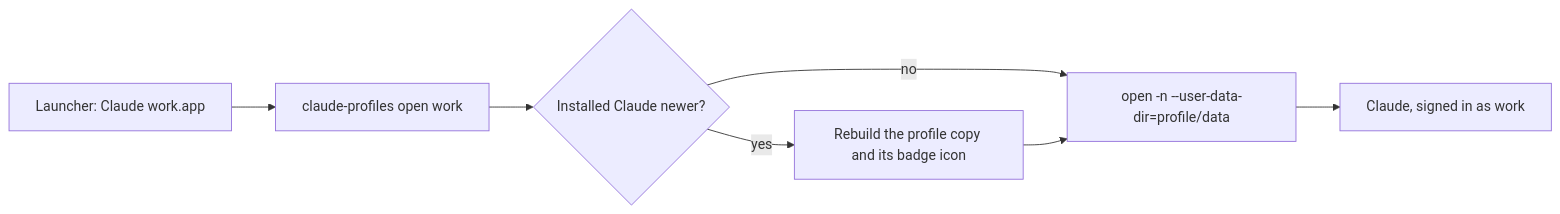
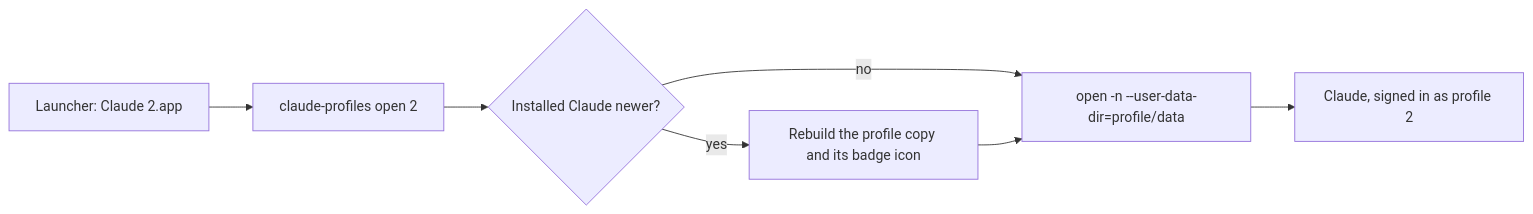
Before and after one commit to francoCosimo95/claude-cloner: the diagram in README.md, drawn with Mermaid. The commit also changed other lines of this file and 5 other files, not shown here.

````diff
--- a/README.md
+++ b/README.md
@@ -111,9 +117,9 @@
 ```mermaid
 flowchart LR
-    L["Launcher: Claude work.app"] --> R["claude-profiles open work"]
+    L["Launcher: Claude 2.app"] --> R["claude-profiles open 2"]
     R --> C{"Installed Claude newer?"}
     C -- yes --> B["Rebuild the profile copy and its badge icon"]
     C -- no --> O
     B --> O["open -n --user-data-dir=profile/data"]
-    O --> A["Claude, signed in as work"]
+    O --> A["Claude, signed in as profile 2"]
 ```
````
